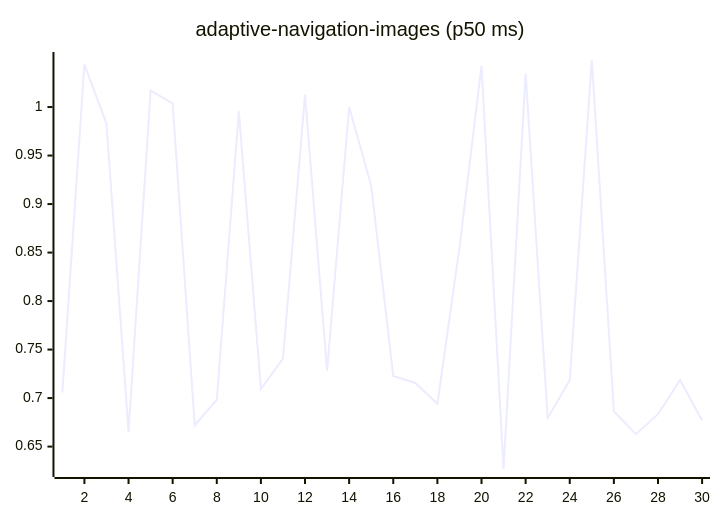
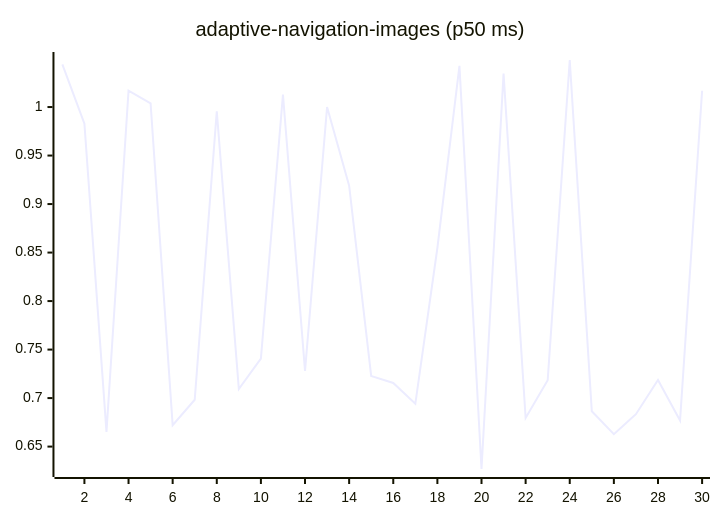
The first of 27 diagrams in README.md (josha/Facet), drawn with Mermaid before and after one commit. The commit also changed other lines of this file and 2 other files, not shown here.

````diff
--- a/README.md
+++ b/README.md
@@ -63,6 +63,6 @@
 ```mermaid
 xychart-beta
     title "adaptive-navigation-images (p50 ms)"
     x-axis 1 --> 30
-    line [0.7058, 1.0439, 0.9829, 0.6652, 1.0169, 1.0037, 0.6721, 0.6983, 0.9956, 0.7094, 0.7407, 1.0129, 0.7280, 1.0000, 0.9189, 0.7227, 0.7156, 0.6941, 0.8547, 1.0425, 0.6269, 1.0344, 0.6795, 0.7184, 1.0485, 0.6864, 0.6628, 0.6834, 0.7187, 0.6768]
+    line [1.0439, 0.9829, 0.6652, 1.0169, 1.0037, 0.6721, 0.6983, 0.9956, 0.7094, 0.7407, 1.0129, 0.7280, 1.0000, 0.9189, 0.7227, 0.7156, 0.6941, 0.8547, 1.0425, 0.6269, 1.0344, 0.6795, 0.7184, 1.0485, 0.6864, 0.6628, 0.6834, 0.7187, 0.6768, 1.0168]
 ```
````
